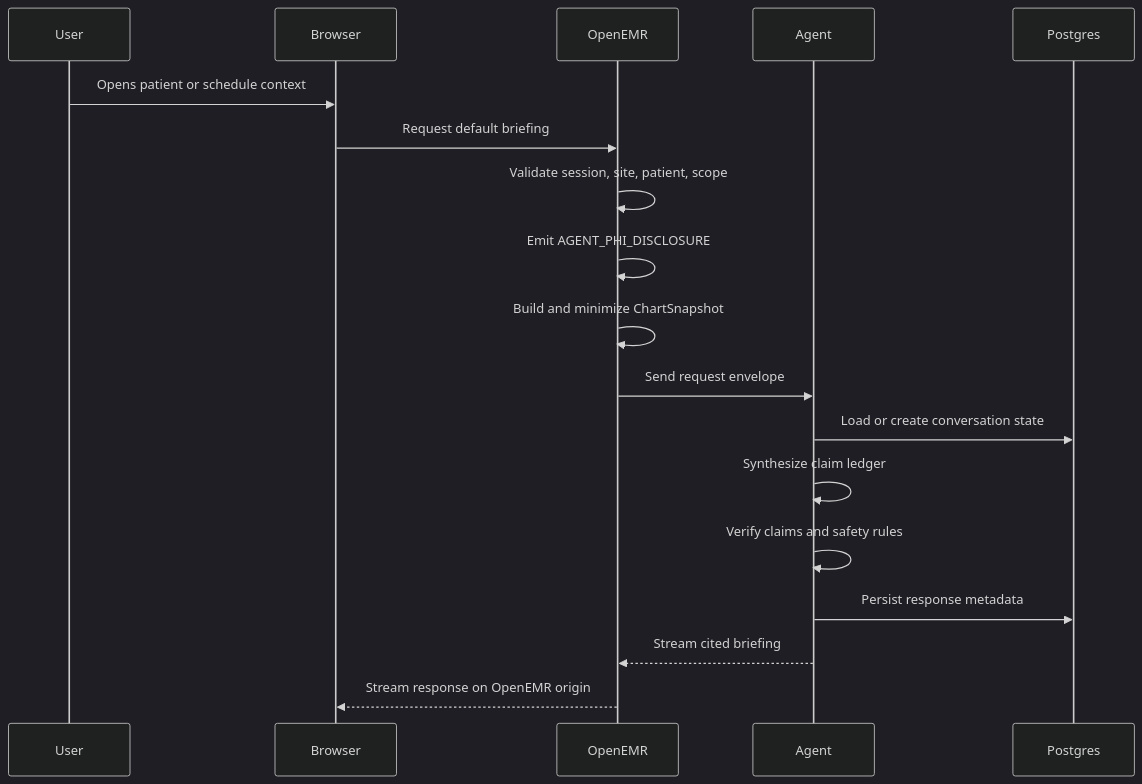
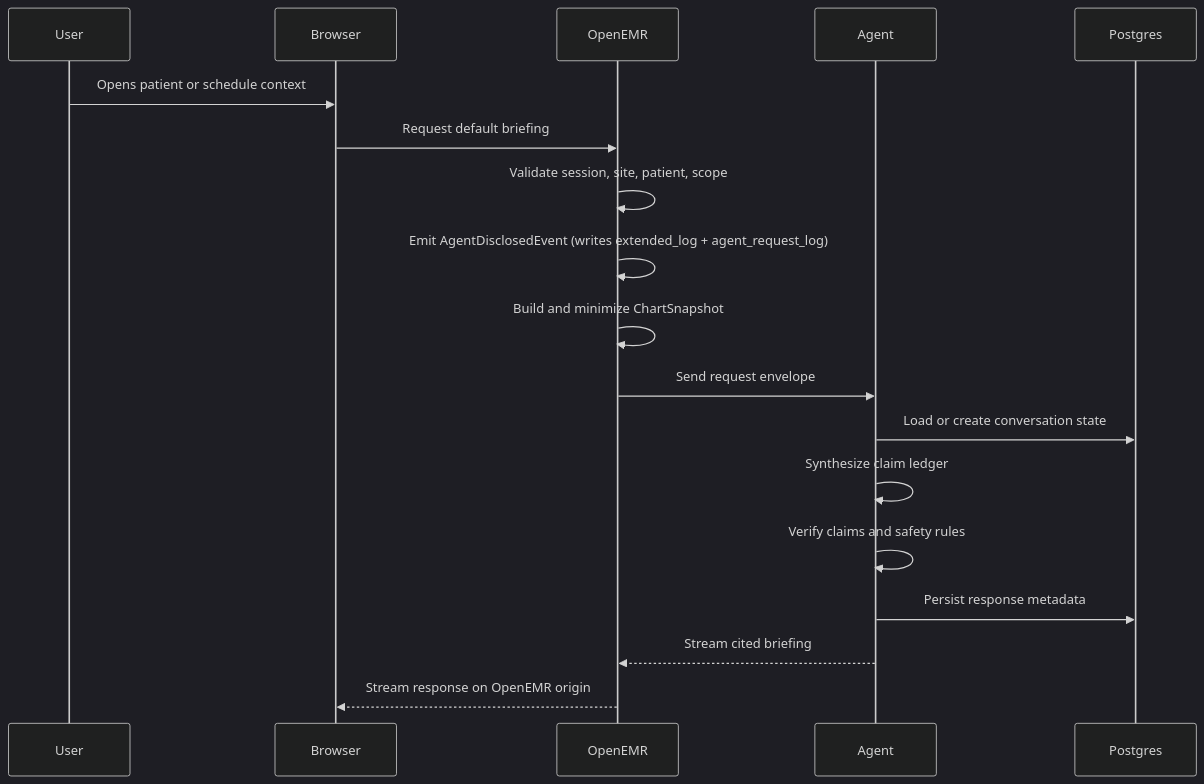
Before and after one commit to kmazanec/openemr: the second of 4 diagrams in ARCHITECTURE.md, drawn with Mermaid (dark theme). The commit also changed other lines of this file and 1 other file, not shown here.

First line of the commit message:
docs(arch): reflect dual-write disclosure logging and dual migration system

````diff
--- a/ARCHITECTURE.md
+++ b/ARCHITECTURE.md
@@ -82,21 +82,21 @@
 ```mermaid
 sequenceDiagram
     participant User
     participant Browser
     participant OpenEMR
     participant Agent
     participant Postgres
 
     User->>Browser: Opens patient or schedule context
     Browser->>OpenEMR: Request default briefing
     OpenEMR->>OpenEMR: Validate session, site, patient, scope
-    OpenEMR->>OpenEMR: Emit AGENT_PHI_DISCLOSURE
+    OpenEMR->>OpenEMR: Emit AgentDisclosedEvent (writes extended_log + agent_request_log)
     OpenEMR->>OpenEMR: Build and minimize ChartSnapshot
     OpenEMR->>Agent: Send request envelope
     Agent->>Postgres: Load or create conversation state
     Agent->>Agent: Synthesize claim ledger
     Agent->>Agent: Verify claims and safety rules
     Agent->>Postgres: Persist response metadata
     Agent-->>OpenEMR: Stream cited briefing
     OpenEMR-->>Browser: Stream response on OpenEMR origin
 ```
````
